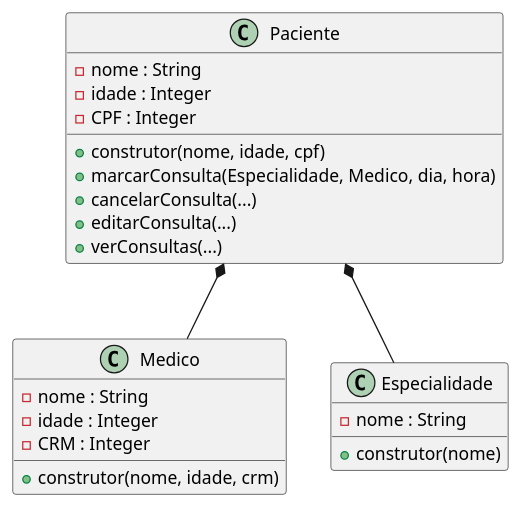
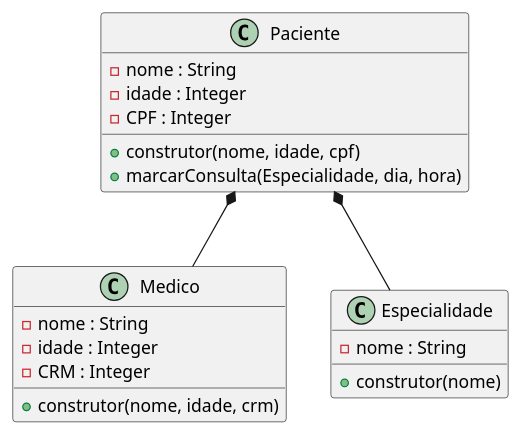
Before and after one commit to anleaes/2022-1-N2-POO-03: the diagram in diagrama.plantuml, drawn with PlantUML.

Commit message:
excluido funçoes cancelarConsulta, editarConsulta e verConsultas e retirado parametro medico de marcar consulta

```diff
--- a/diagrama.plantuml
+++ b/diagrama.plantuml
@@ -1,29 +1,26 @@
 @startuml Gerenciamento de Exames Medicos
 
     class Paciente{
         - nome : String
         - idade : Integer
         - CPF : Integer
         + construtor(nome, idade, cpf)
-        + marcarConsulta(Especialidade, Medico, dia, hora)
-        + cancelarConsulta(...)
-        + editarConsulta(...)
-        + verConsultas(...)
+        + marcarConsulta(Especialidade, dia, hora)
     }
 
     class Medico{
         - nome : String
         - idade : Integer
         - CRM : Integer
         + construtor(nome, idade, crm)
     }
 
     class Especialidade{
         - nome : String
         + construtor(nome)
     }
 
     Paciente *-- Medico
     Paciente *-- Especialidade
 
 @enduml
```
